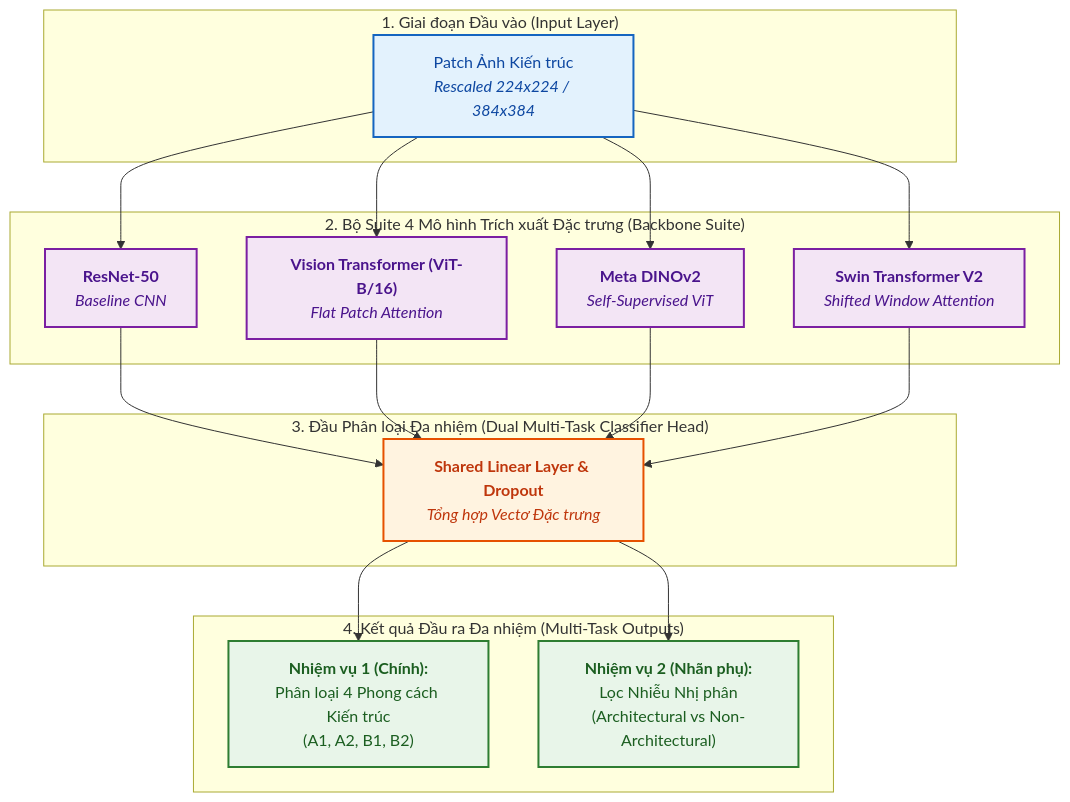
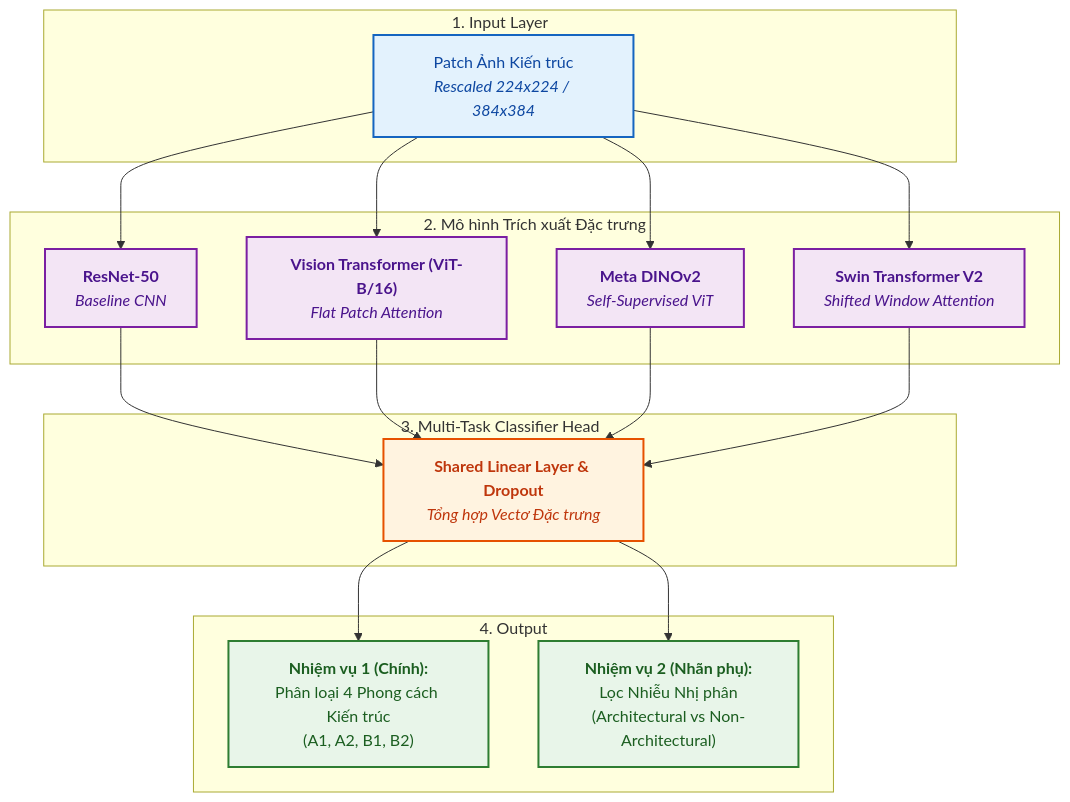
The second of 4 diagrams in master_report.md (dpduc313/architectural_classifier), drawn with Mermaid before and after one commit. The commit also changed other lines of this file and 12 other files, not shown here.

````diff
--- a/master_report.md
+++ b/master_report.md
@@ -200,33 +195,33 @@
 ```mermaid
 flowchart TD
     %% Styling Rules
     classDef inputStyle fill:#e3f2fd,stroke:#1565c0,stroke-width:2px,color:#0d47a1
     classDef modelStyle fill:#f3e5f5,stroke:#7b1fa2,stroke-width:2px,color:#4a148c
     classDef headStyle fill:#fff3e0,stroke:#e65100,stroke-width:2px,color:#bf360c
     classDef outputStyle fill:#e8f5e9,stroke:#2e7d32,stroke-width:2px,color:#1b5e20
 
-    subgraph Stage1["1. Giai đoạn Đầu vào (Input Layer)"]
+    subgraph Stage1["1. Input Layer"]
         InputPatch["Patch Ảnh Kiến trúc<br/><i>Rescaled 224x224 / 384x384</i>"]:::inputStyle
     end
 
-    subgraph Stage2["2. Bộ Suite 4 Mô hình Trích xuất Đặc trưng (Backbone Suite)"]
+    subgraph Stage2["2. Mô hình Trích xuất Đặc trưng"]
         ResNet50["<b>ResNet-50</b><br/><i>Baseline CNN</i>"]:::modelStyle
         ViT["<b>Vision Transformer (ViT-B/16)</b><br/><i>Flat Patch Attention</i>"]:::modelStyle
         DINOv2["<b>Meta DINOv2</b><br/><i>Self-Supervised ViT</i>"]:::modelStyle
         Swinv2["<b>Swin Transformer V2</b><br/><i>Shifted Window Attention</i>"]:::modelStyle
     end
 
-    subgraph Stage3["3. Đầu Phân loại Đa nhiệm (Dual Multi-Task Classifier Head)"]
+    subgraph Stage3["3. Multi-Task Classifier Head"]
         FCHead["<b>Shared Linear Layer & Dropout</b><br/><i>Tổng hợp Vectơ Đặc trưng</i>"]:::headStyle
     end
 
-    subgraph Stage4["4. Kết quả Đầu ra Đa nhiệm (Multi-Task Outputs)"]
+    subgraph Stage4["4. Output"]
         OutputStyle["<b>Nhiệm vụ 1 (Chính):</b><br/>Phân loại 4 Phong cách Kiến trúc<br/>(A1, A2, B1, B2)"]:::outputStyle
         OutputArch["<b>Nhiệm vụ 2 (Nhãn phụ):</b><br/>Lọc Nhiễu Nhị phân<br/>(Architectural vs Non-Architectural)"]:::outputStyle
     end
 
     %% Flow Connections
     InputPatch --> ResNet50 & ViT & DINOv2 & Swinv2
     ResNet50 & ViT & DINOv2 & Swinv2 --> FCHead
     FCHead --> OutputStyle & OutputArch
 ```
````
